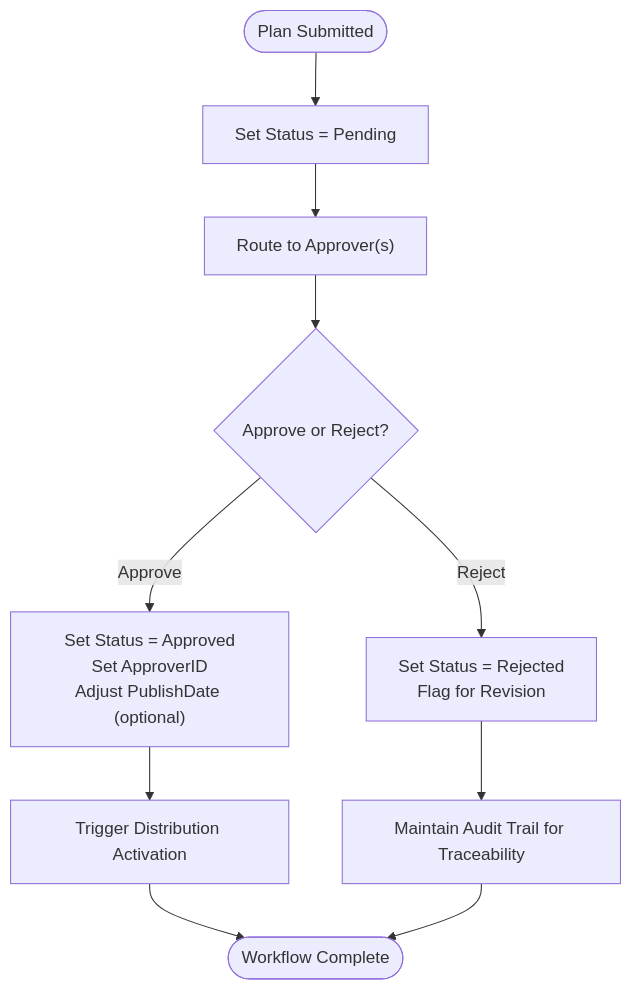
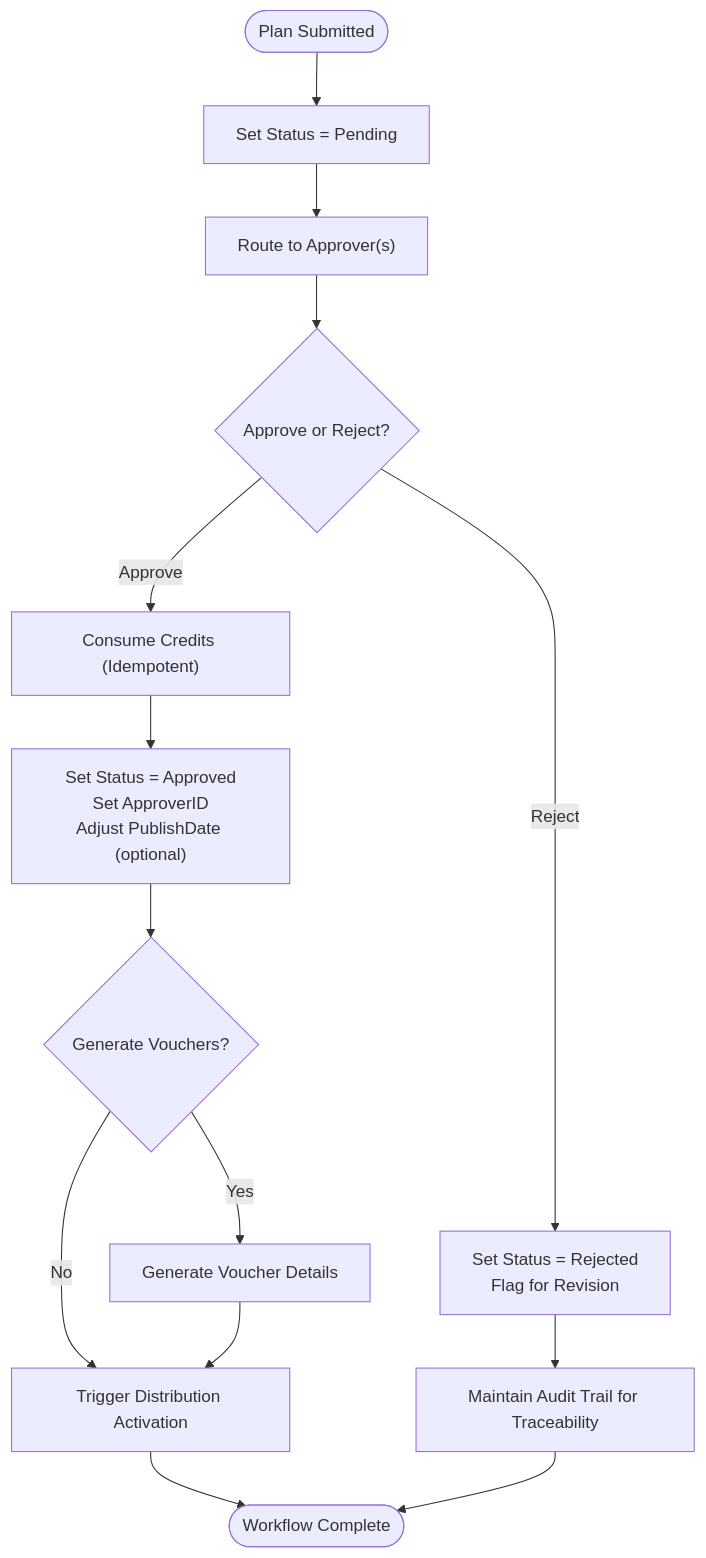
The third of 11 diagrams in .qoder/repowiki/en/content/Core Services Implementation/Approval Service.md (lamhongbac/NonCash), drawn with Mermaid before and after one commit. The commit also changed other lines of this file and 111 other files, not shown here.

````diff
--- a/.qoder/repowiki/en/content/Core Services Implementation/Approval Service.md
+++ b/.qoder/repowiki/en/content/Core Services Implementation/Approval Service.md
@@ -111,12 +136,16 @@
 ```mermaid
 flowchart TD
 Start(["Plan Submitted"]) --> Pending["Set Status = Pending"]
 Pending --> Route["Route to Approver(s)"]
 Route --> Decide{"Approve or Reject?"}
-Decide --> |Approve| Approved["Set Status = Approved<br/>Set ApproverID<br/>Adjust PublishDate (optional)"]
+Decide --> |Approve| Charge["Consume Credits (Idempotent)"]
+Charge --> Approved["Set Status = Approved<br/>Set ApproverID<br/>Adjust PublishDate (optional)"]
 Decide --> |Reject| Rejected["Set Status = Rejected<br/>Flag for Revision"]
-Approved --> Activate["Trigger Distribution Activation"]
+Approved --> GenCheck{"Generate Vouchers?"}
+GenCheck --> |Yes| Generate["Generate Voucher Details"]
+GenCheck --> |No| Activate["Trigger Distribution Activation"]
+Generate --> Activate
 Rejected --> Track["Maintain Audit Trail for Traceability"]
 Activate --> End(["Workflow Complete"])
 Track --> End
 ```
````
